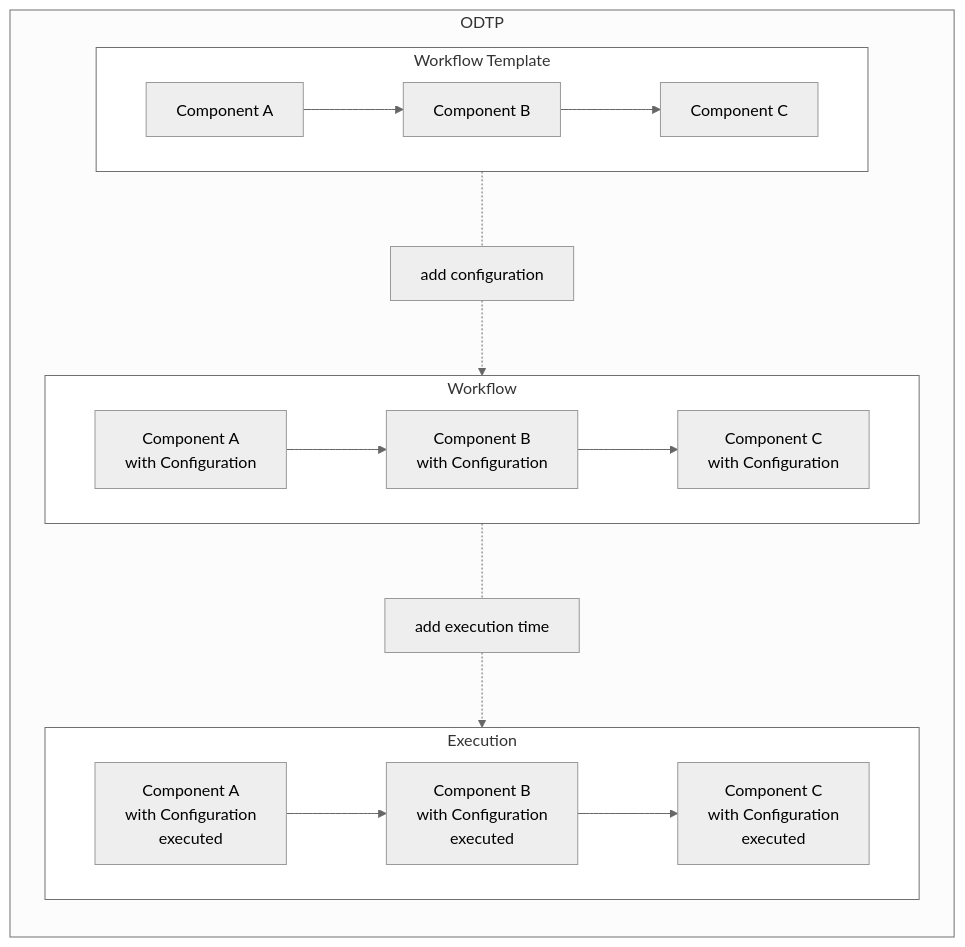
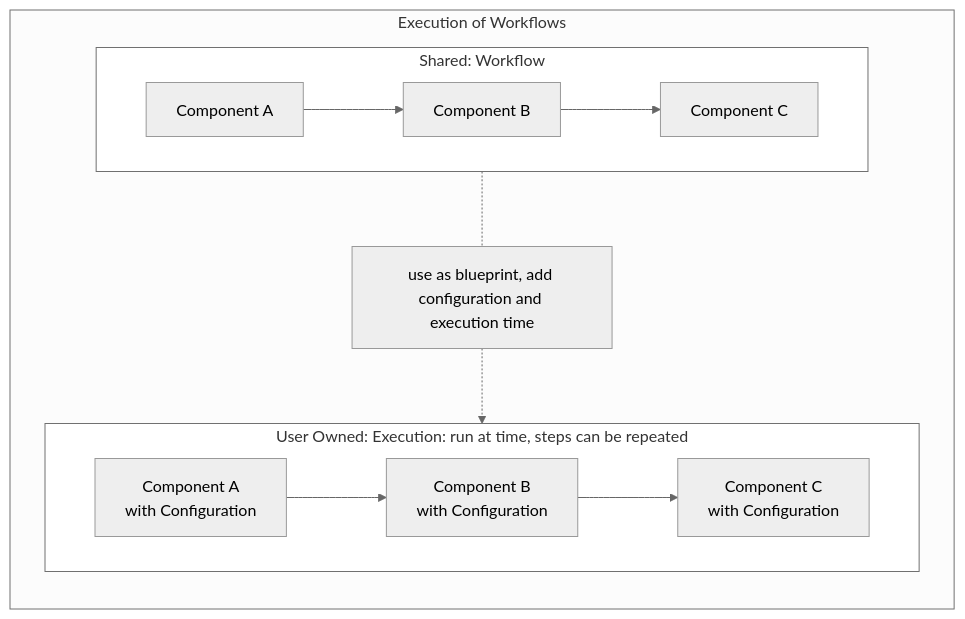
Before and after one commit to odtp-org/odtp-manuals: the second of 2 diagrams in docs/workflows/index.md, drawn with Mermaid (neutral theme). The commit also changed other lines of this file and 106 other files, not shown here.

````diff
--- a/docs/workflows/index.md
+++ b/docs/workflows/index.md
@@ -15,35 +52,25 @@
 ``` mermaid
 graph TB;
-    subgraph ODTP
-        direction TB   
-        CA0[Component A]
-        CB0[Component B]
-        CC0[Component C]
-        CA1[Component A <br/>with Configuration]
-        CB1[Component B <br/>with Configuration]
-        CC1[Component C <br/>with Configuration]
-        CA2[Component A <br/>with Configuration <br/>executed]
-        CB2[Component B <br/>with Configuration <br/>executed]
-        CC2[Component C <br/>with Configuration <br/>executed]                
-        subgraph WT[Workflow Template]
+    subgraph Execution of Workflows
+        direction TB
+        CA1[Component A]
+        CB1[Component B]
+        CC1[Component C]
+        CA2[Component A <br/>with Configuration <br/>]
+        CB2[Component B <br/>with Configuration <br/>]
+        CC2[Component C <br/>with Configuration <br/>]
+        subgraph W[Shared: Workflow]
             direction LR
-            CA0 --> CB0
-            CB0 --> CC0
-        end
-        subgraph W[Workflow]
-            direction LR        
             CA1 --> CB1
             CB1 --> CC1
         end
-        subgraph E[Execution]
-            direction LR        
+        subgraph E[User Owned: Execution: run at time, steps can be repeated]
+            direction LR
             CA2 --> CB2
             CB2 --> CC2
-        end   
-        WT -.- c[add configuration] -.-> W 
-        W -.- t[add execution time] -.-> E             
+        end
+        W -.- t[use as blueprint, add configuration and execution time] -.-> E
     end
-style WT fill:white    
-style W fill:white 
-style E fill:white   
-``` 
+style W fill:white
+style E fill:white
+```
````
